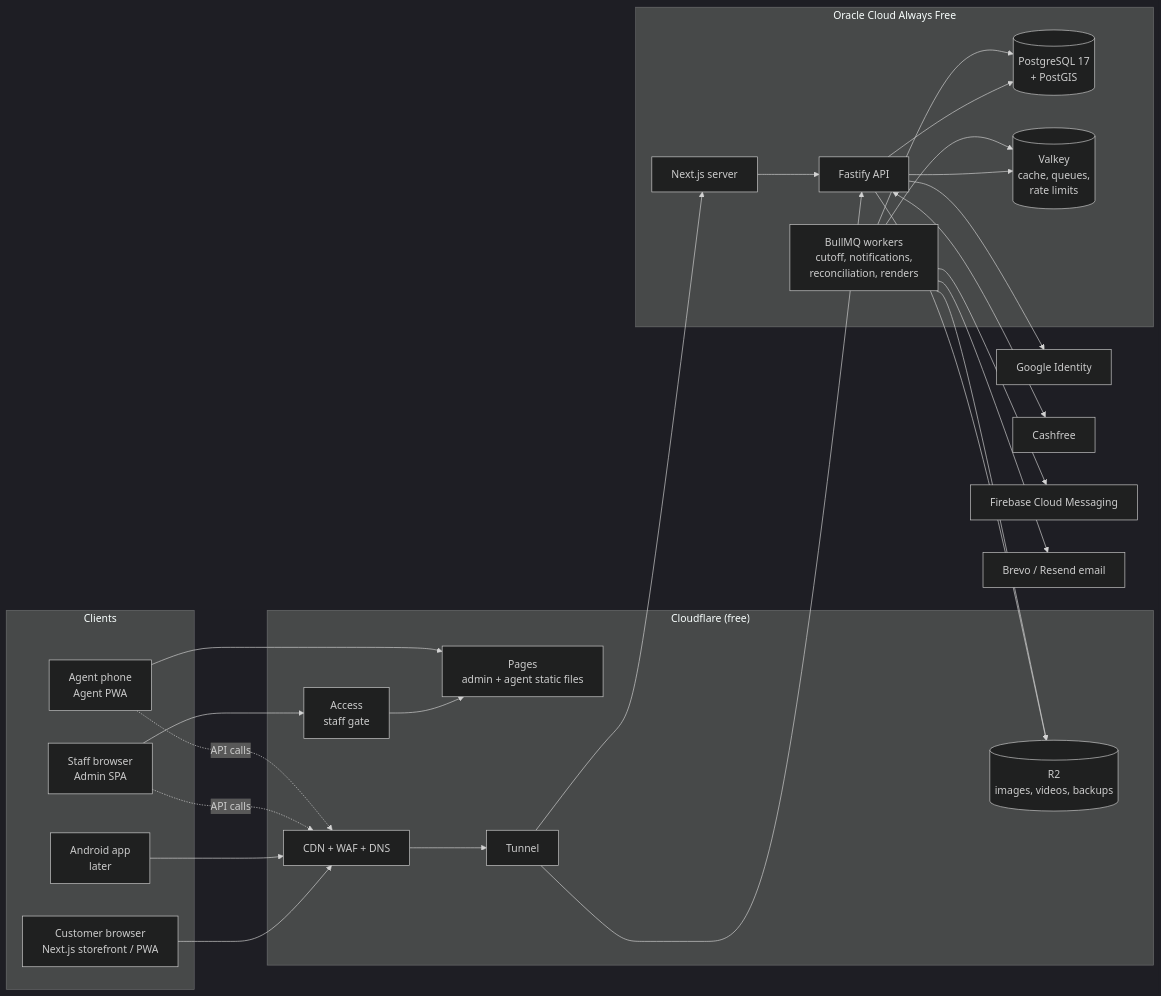
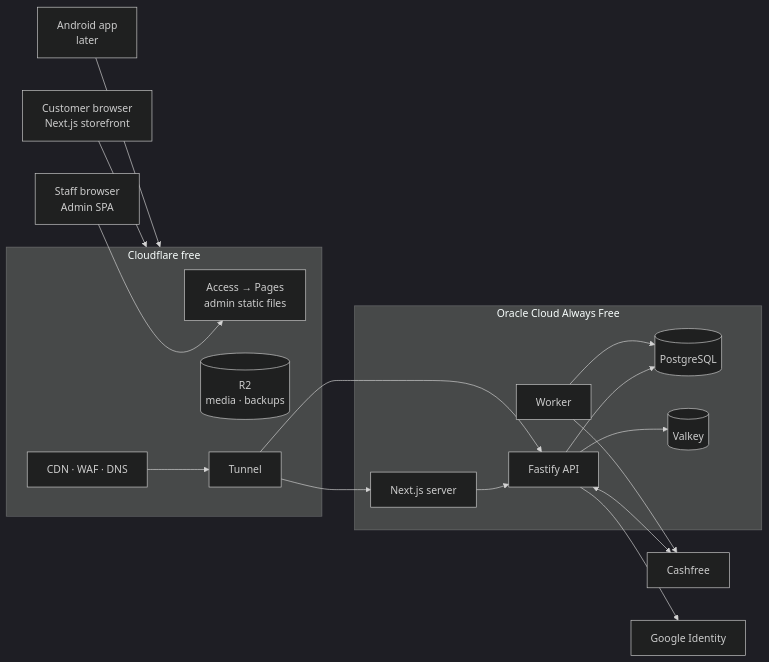
The first of 4 diagrams in docs/02-architecture.md (nishant2024-app/ecom), drawn with Mermaid (dark theme) before and after one commit. The commit also changed other lines of this file and 52 other files, not shown here.

````diff
--- a/docs/02-architecture.md
+++ b/docs/02-architecture.md
@@ -5,49 +5,27 @@
 ```mermaid
 flowchart LR
-  subgraph Clients
-    C[Customer browser<br/>Next.js storefront / PWA]
-    A[Android app<br/>later]
-    S[Staff browser<br/>Admin SPA]
-    D[Agent phone<br/>Agent PWA]
-  end
-
-  subgraph Cloudflare["Cloudflare (free)"]
-    CDN[CDN + WAF + DNS]
-    PAGES[Pages<br/>admin + agent static files]
-    ACCESS[Access<br/>staff gate]
-    R2[(R2<br/>images, videos, backups)]
+  C[Customer browser<br/>Next.js storefront] --> CF
+  A[Android app<br/>later] --> CF
+  S[Staff browser<br/>Admin SPA] --> ACC
+  subgraph CF[Cloudflare free]
+    CDN[CDN · WAF · DNS]
+    ACC[Access → Pages<br/>admin static files]
+    R2[(R2<br/>media · backups)]
     TUN[Tunnel]
   end
-
-  subgraph Oracle["Oracle Cloud Always Free"]
+  CDN --> TUN
+  subgraph OCI[Oracle Cloud Always Free]
     WEB[Next.js server]
     API[Fastify API]
-    WRK[BullMQ workers<br/>cutoff, notifications,<br/>reconciliation, renders]
-    PG[(PostgreSQL 17<br/>+ PostGIS)]
-    VK[(Valkey<br/>cache, queues,<br/>rate limits)]
+    WRK[Worker]
+    PG[(PostgreSQL)]
+    VK[(Valkey)]
   end
-
-  G[Google Identity]
-  CF[Cashfree]
-  FCM[Firebase Cloud Messaging]
-  MAIL[Brevo / Resend email]
-
-  C --> CDN --> TUN
-  A --> CDN
-  S --> ACCESS --> PAGES
-  D --> PAGES
-  S -. API calls .-> CDN
-  D -. API calls .-> CDN
   TUN --> WEB --> API
   TUN --> API
-  API --> PG
-  API --> VK
+  API --> PG & VK
   WRK --> PG
-  WRK --> VK
-  API --> R2
-  WRK --> R2
-  API --> G
-  API <--> CF
-  WRK --> FCM
-  WRK --> MAIL
+  API <--> CASH[Cashfree]
+  WRK --> CASH
+  API --> G[Google Identity]
 ```
````
